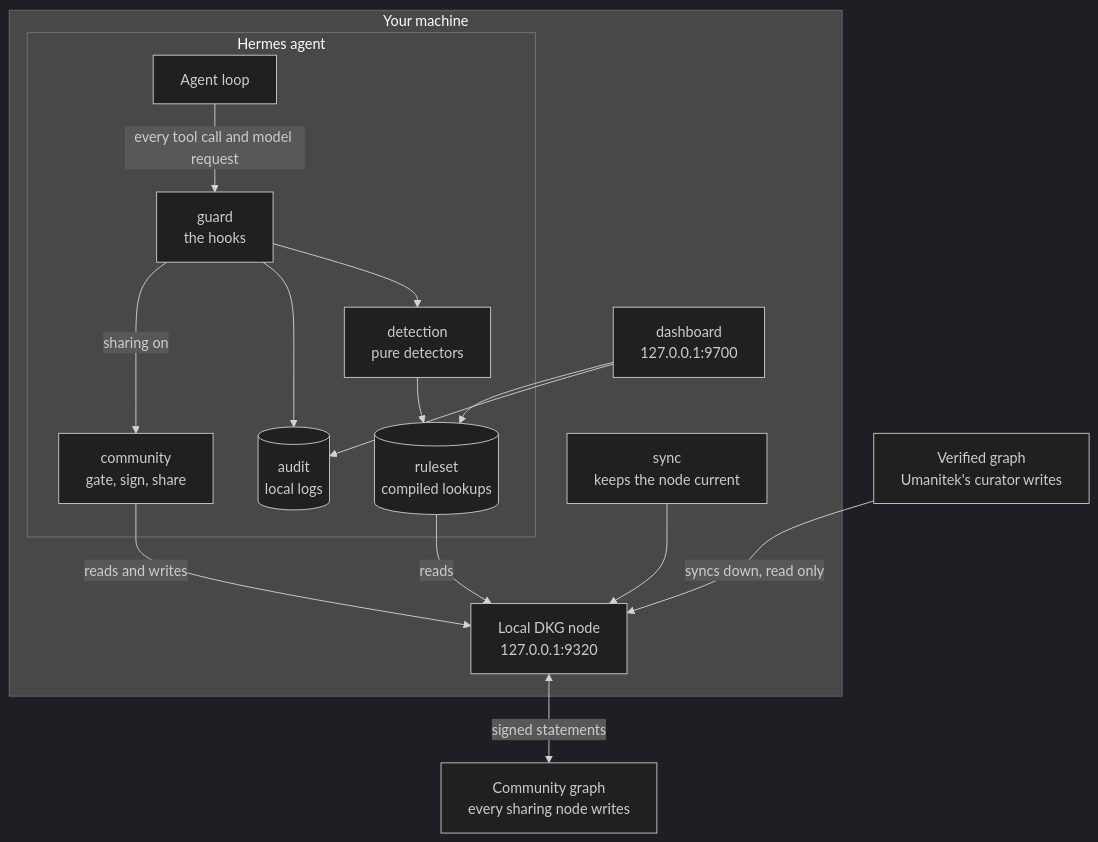
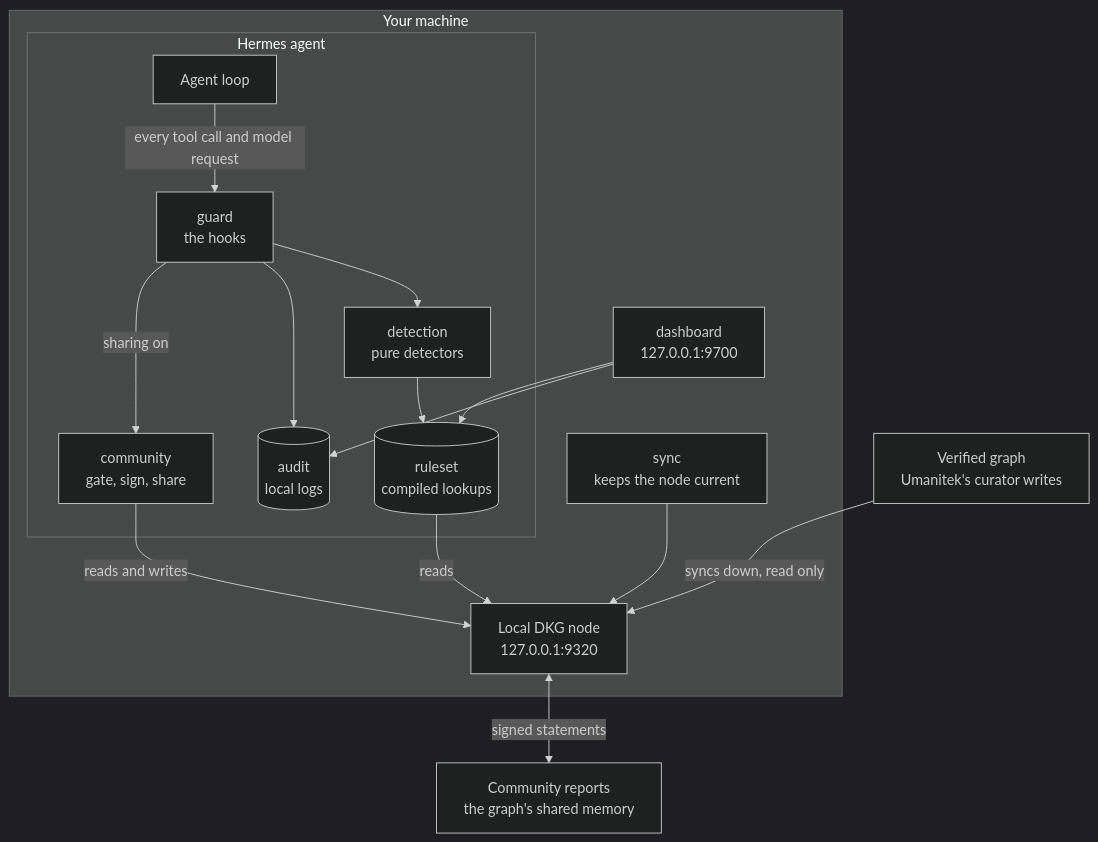
The fifth of 5 diagrams in README.md (umanitek/agent-blackbox), drawn with Mermaid (dark theme) before and after one commit. The commit also changed other lines of this file and 1 other file, not shown here.

````diff
--- a/README.md
+++ b/README.md
@@ -511,19 +718,19 @@
 ```mermaid
 flowchart TB
     subgraph Machine["Your machine"]
         subgraph Host["Hermes agent"]
             AG[Agent loop] -->|every tool call and model request| GU[guard<br/>the hooks]
             GU --> DE[detection<br/>pure detectors]
             DE --> RU[(ruleset<br/>compiled lookups)]
             GU --> AU[(audit<br/>local logs)]
             GU -->|sharing on| CO[community<br/>gate, sign, share]
         end
         DA[dashboard<br/>127.0.0.1:9700] --> AU
         DA --> RU
         RU -->|reads| NO[Local DKG node<br/>127.0.0.1:9320]
         CO -->|reads and writes| NO
         SY[sync<br/>keeps the node current] --> NO
     end
     VG[Verified graph<br/>Umanitek's curator writes] -->|syncs down, read only| NO
-    NO <-->|signed statements| CG[Community graph<br/>every sharing node writes]
+    NO <-->|signed statements| CG[Community reports<br/>the graph's shared memory]
 ```
````
